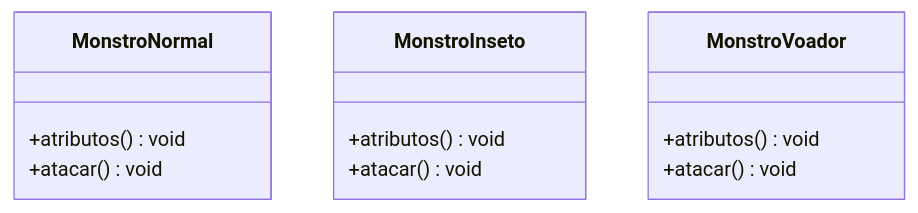
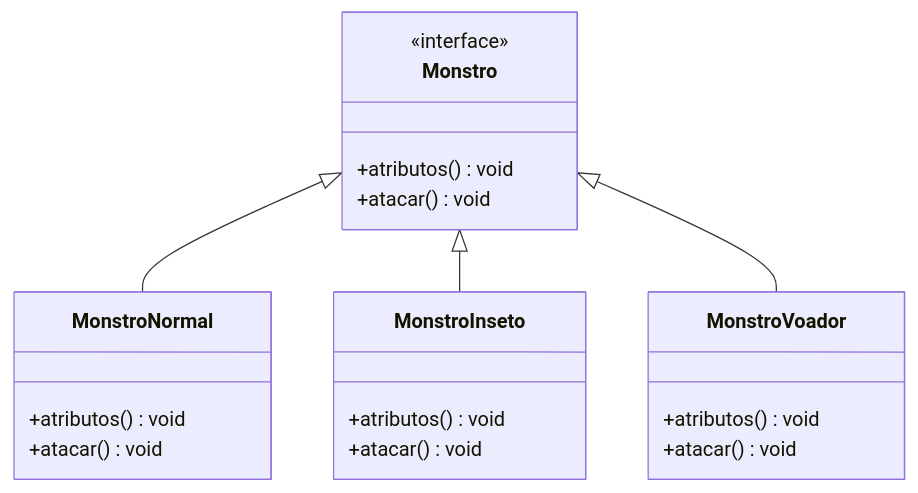
One commit to augustocesarsousa/notes changed the second of 7 diagrams in DesignPatters/README.md. Above: the diagram before and after it, drawn with Mermaid. The commit also changed other lines of this file, not shown here.

````diff
--- a/DesignPatters/README.md
+++ b/DesignPatters/README.md
@@ -43,17 +43,26 @@
 ```mermaid
 classDiagram
-class MonstroNormal {
-    +atributos() void
-    +atacar() void
-}
+    Monstro <|-- MonstroNormal
+    Monstro <|-- MonstroInseto
+    Monstro <|-- MonstroVoador
+    class Monstro {
+        <<interface>>
+        +atributos() void
+        +atacar() void
+    }
 
-class MonstroInseto {
-    +atributos() void
-    +atacar() void
-}
+    class MonstroNormal {
+        +atributos() void
+        +atacar() void
+    }
 
-class MonstroVoador {
-    +atributos() void
-    +atacar() void
-}
+    class MonstroInseto {
+        +atributos() void
+        +atacar() void
+    }
+
+    class MonstroVoador {
+        +atributos() void
+        +atacar() void
+    }
 ```
````
